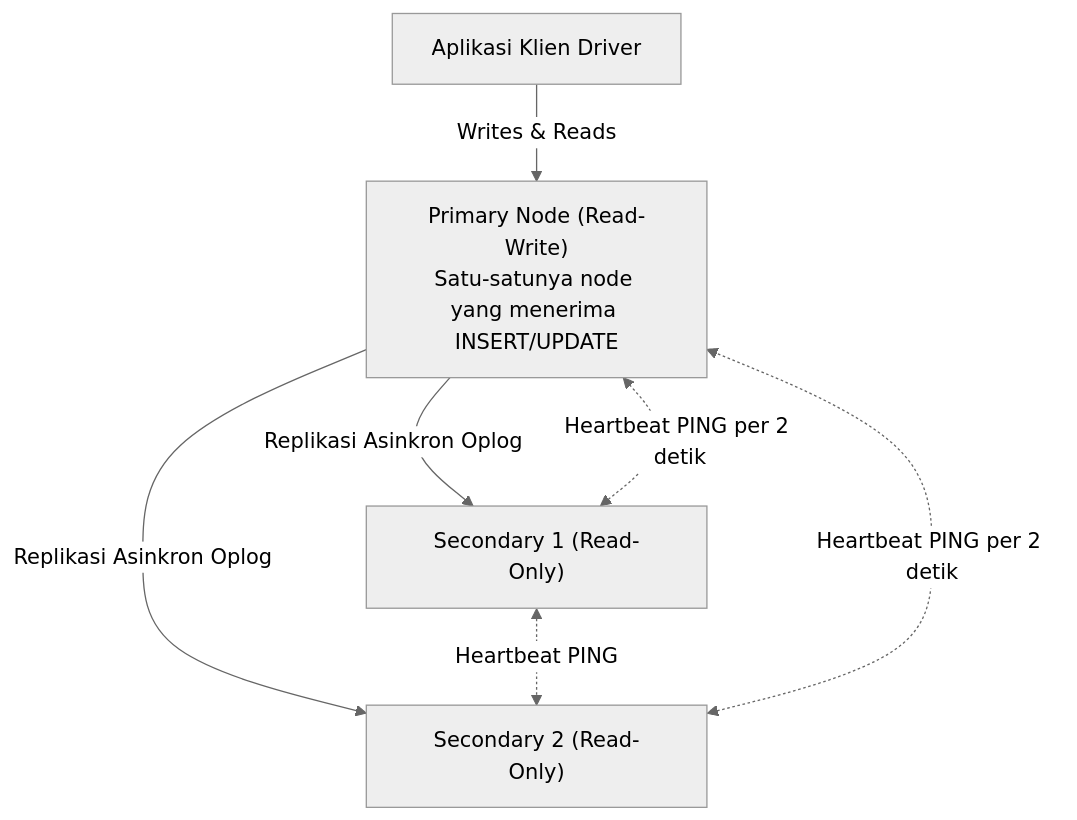
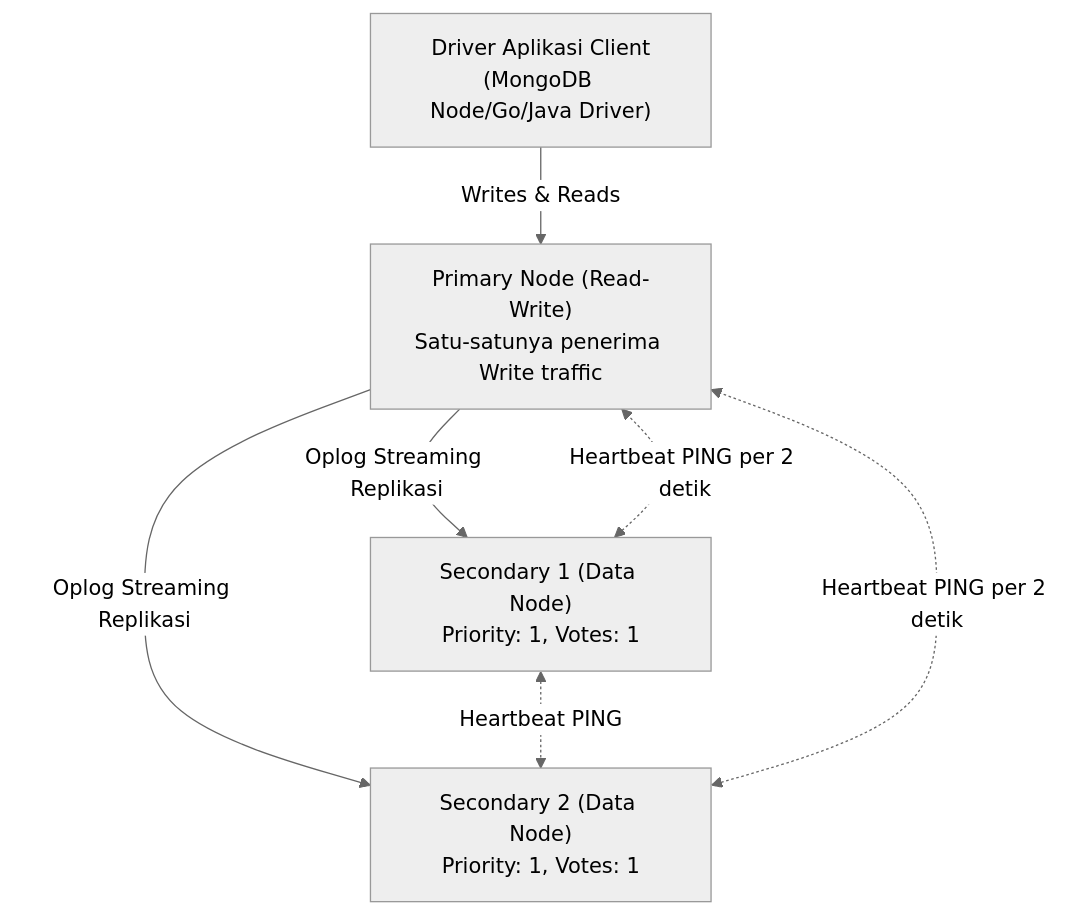
One commit to exa31/learning-docs changed the first of 2 diagrams in src/content/docs/mongodb/06-replica-set-elections-dan-oplog.md. Above: the diagram before and after it, drawn with Mermaid (neutral theme). The commit also changed other lines of this file and 7 other files, not shown here.

````diff
--- a/src/content/docs/mongodb/06-replica-set-elections-dan-oplog.md
+++ b/src/content/docs/mongodb/06-replica-set-elections-dan-oplog.md
@@ -16,9 +16,9 @@
 ```mermaid
 flowchart TD
-    App["Aplikasi Klien Driver"] -->|Writes & Reads| Primary["Primary Node (Read-Write)\nSatu-satunya node yang menerima INSERT/UPDATE"]
-    Primary -->|Replikasi Asinkron Oplog| Sec1["Secondary 1 (Read-Only)"]
-    Primary -->|Replikasi Asinkron Oplog| Sec2["Secondary 2 (Read-Only)"]
+    App["Driver Aplikasi Client\n(MongoDB Node/Go/Java Driver)"] -->|Writes & Reads| Primary["Primary Node (Read-Write)\nSatu-satunya penerima Write traffic"]
+    Primary -->|Oplog Streaming Replikasi| Sec1["Secondary 1 (Data Node)\nPriority: 1, Votes: 1"]
+    Primary -->|Oplog Streaming Replikasi| Sec2["Secondary 2 (Data Node)\nPriority: 1, Votes: 1"]
     Sec1 <-.->|Heartbeat PING per 2 detik| Primary
     Sec2 <-.->|Heartbeat PING per 2 detik| Primary
     Sec1 <-.->|Heartbeat PING| Sec2
 ```
````
